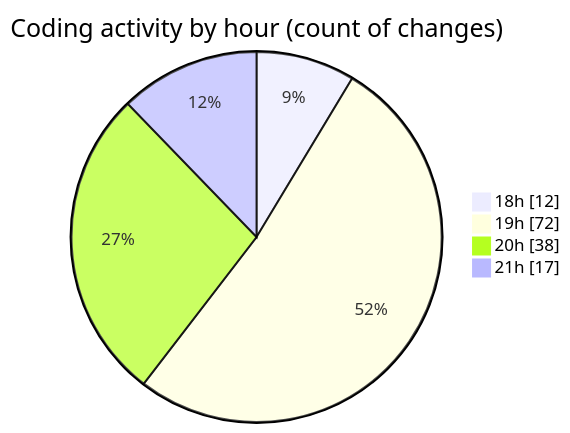
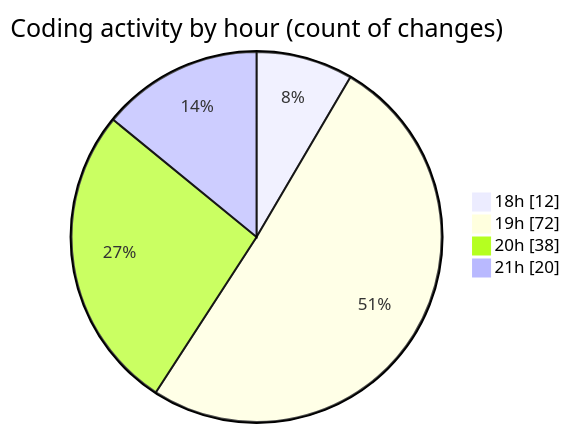
One commit to MatusMokan/code-tracking changed the second of 2 diagrams in 2025-03-14/myws__workspace_/README.md. Above: the diagram before and after it, drawn with Mermaid. The commit also changed other lines of this file and 1 other file, not shown here.

````diff
--- a/2025-03-14/myws__workspace_/README.md
+++ b/2025-03-14/myws__workspace_/README.md
@@ -30,8 +30,8 @@
 ```mermaid
 pie showData
 title Coding activity by hour (count of changes)
 "18h" : 12
 "19h" : 72
 "20h" : 38
-"21h" : 17
+"21h" : 20
 ```
````
